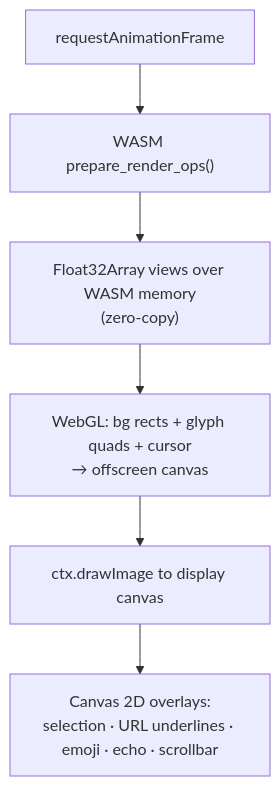
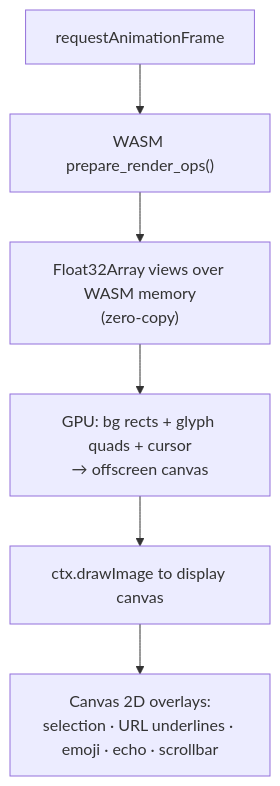
One commit to indent-com/blit changed the second of 3 diagrams in docs/frontend.md. Above: the diagram before and after it, drawn with Mermaid. The commit also changed other lines of this file and 131 other files, not shown here.

````diff
--- a/docs/frontend.md
+++ b/docs/frontend.md
@@ -61,8 +88,8 @@
 ```mermaid
 graph TD
     RAF["requestAnimationFrame"] --> PREP["WASM prepare_render_ops()"]
     PREP --> VIEW["Float32Array views over WASM memory\n(zero-copy)"]
-    VIEW --> DRAW["WebGL: bg rects + glyph quads + cursor\n→ offscreen canvas"]
+    VIEW --> DRAW["GPU: bg rects + glyph quads + cursor\n→ offscreen canvas"]
     DRAW --> COMP["ctx.drawImage to display canvas"]
     COMP --> OVL["Canvas 2D overlays:\nselection · URL underlines · emoji · echo · scrollbar"]
 ```
````
